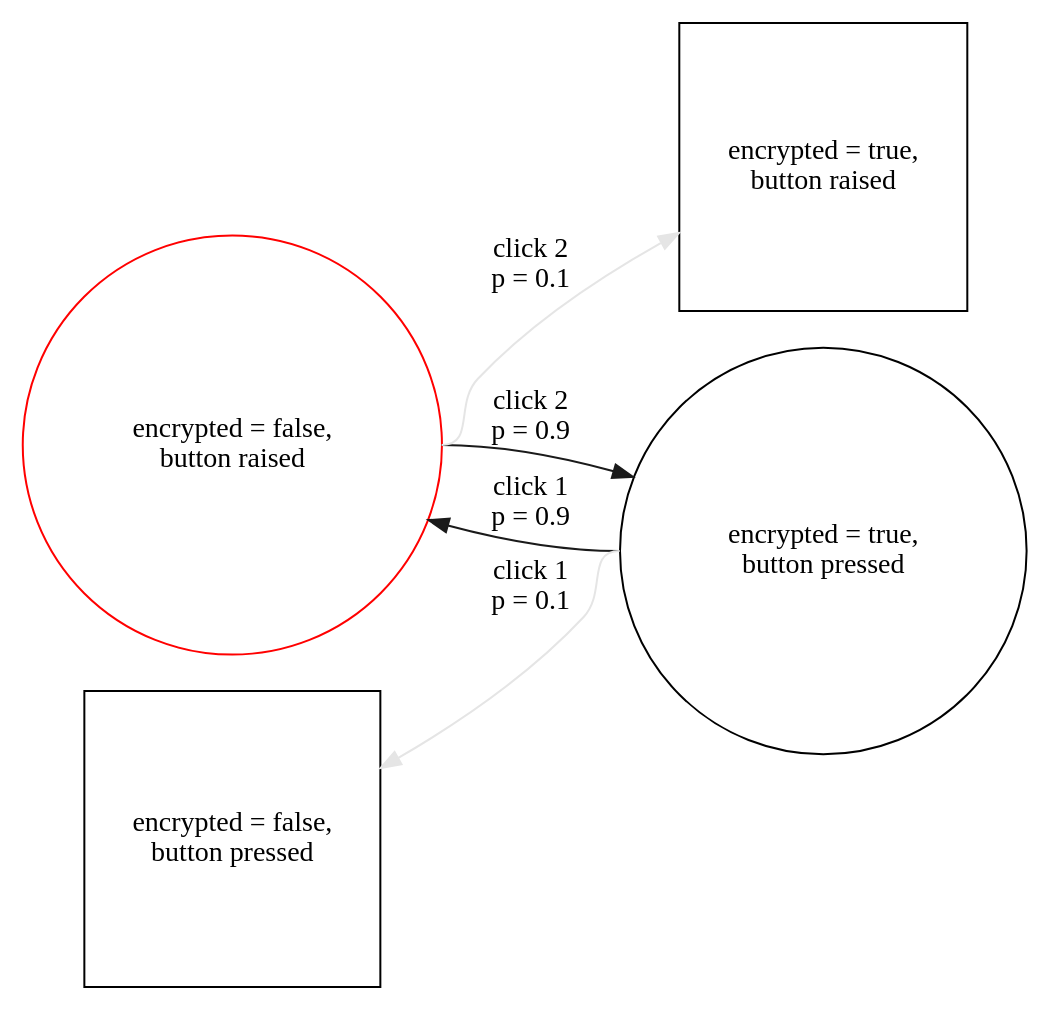
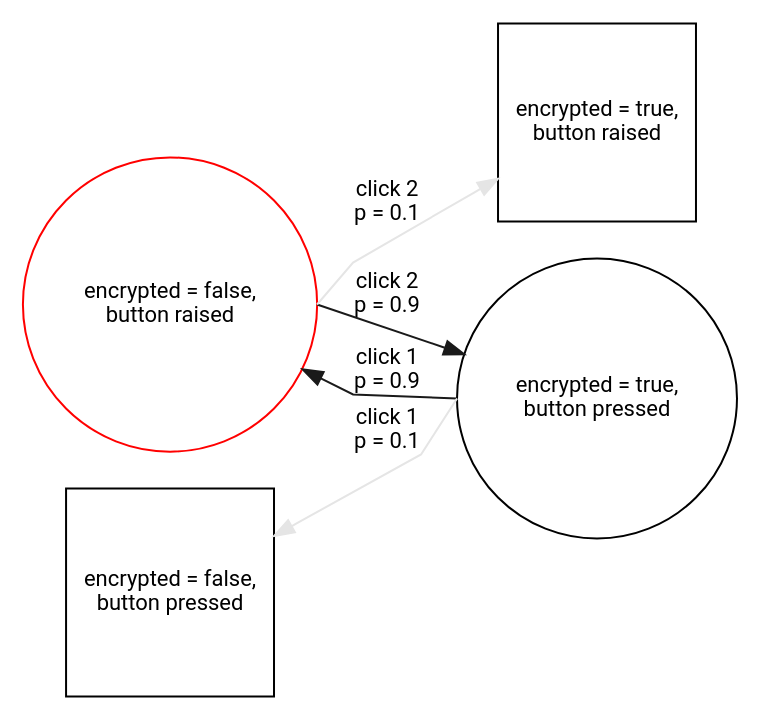
Before and after one commit to adrifelt/ux-model-graphs: the diagram in 05-simple-boolean-with-reset-clean.dot, drawn with Graphviz. The commit also changed 4 other files, not shown here.

```diff
--- a/05-simple-boolean-with-reset-clean.dot
+++ b/05-simple-boolean-with-reset-clean.dot
@@ -1,21 +1,55 @@
 digraph "04-simple-boolean-with-reset" {
+  splines = polyline;
   rankdir = LR;
   node [
     shape = circle
+    fontname = "Roboto"
+    fontsize = 11
+  ];
+  edge [
+    fontname = "Roboto"
+    fontsize = 11
   ];
 
-  off [ label = "encrypted = false,\nbutton raised", color = red ];
-  on [ label = "encrypted = true,\nbutton pressed" ];
+  off [
+    label = "encrypted = false,\nbutton raised"
+    color = red
+  ];
+  on [
+    label = "encrypted = true,\nbutton pressed"
+  ];
 
   subgraph { rank = same; on_confused; off; };
   subgraph { rank = same; off_confused; on; };
 
-  off_confused [ label = "encrypted = true,\nbutton raised", shape = square ];
-  on_confused [ label = "encrypted = false,\nbutton pressed", shape = square ];
+  off_confused [
+    label = "encrypted = true,\nbutton raised"
+    shape = square
+  ];
+  on_confused [
+    label = "encrypted = false,\nbutton pressed"
+    shape = square
+  ];
 
-  off:e -> off_confused [ label = "click 2\np = 0.1", color = grey90, weight = 1 ];
-  off:e -> on [ label = "click 2\np = 0.9", color = grey10, weight = 9 ];
+  off:e -> off_confused [
+    label = "click 2\np = 0.1"
+    color = grey90
+    weight = 1
+  ];
+  off:e -> on [
+    label = "click 2\np = 0.9"
+    color = grey10
+    weight = 9
+  ];
 
-  on:w -> on_confused [ label = "click 1\np = 0.1", color = grey90, weight = 1 ];
-  on:w -> off [ label = "click 1\np = 0.9", color = grey10, weight = 9 ];
+  on:w -> on_confused [
+    label = "click 1\np = 0.1"
+    color = grey90
+    weight = 1
+  ];
+  on:w -> off [
+    label = "click 1\np = 0.9"
+    color = grey10
+    weight = 9
+  ];
 }
```
